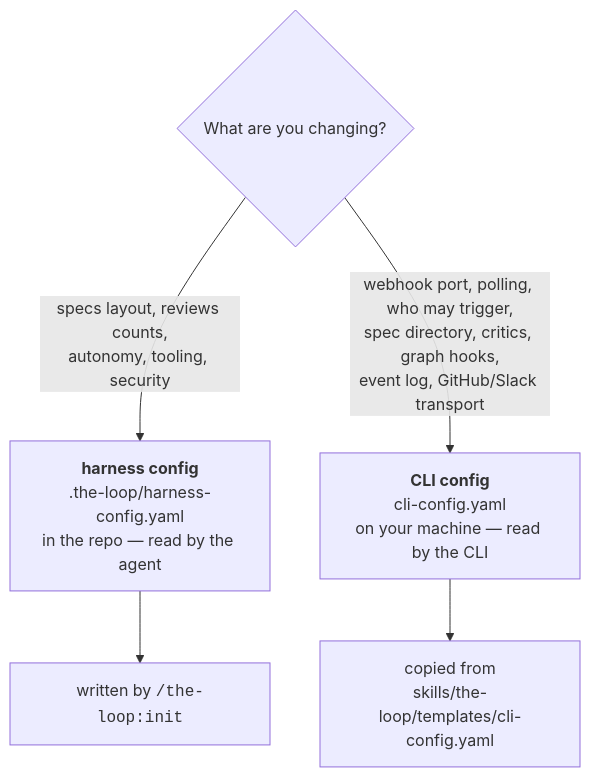
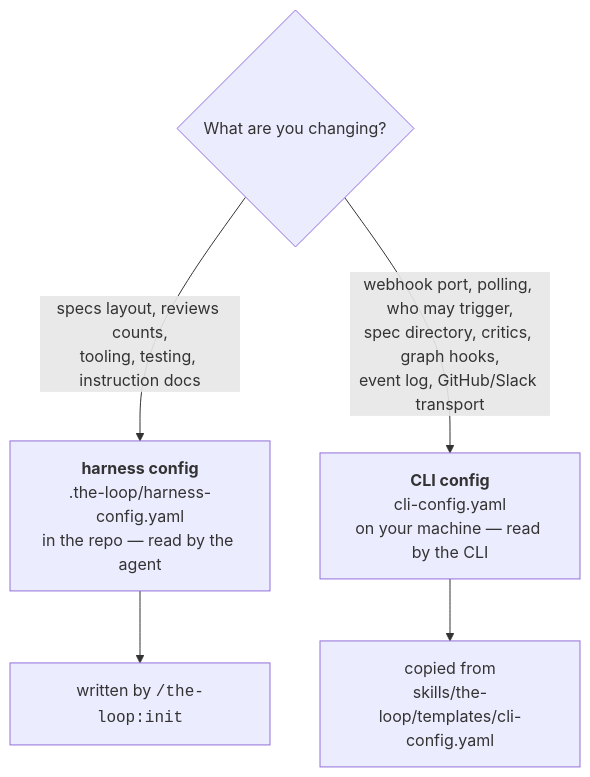
The diagram in docs/config/index.md (MadaraUchiha-314/the-loop), drawn with Mermaid before and after one commit. The commit also changed other lines of this file and 56 other files, not shown here.

````diff
--- a/docs/config/index.md
+++ b/docs/config/index.md
@@ -34,8 +34,8 @@
 ```mermaid
 graph TD
   Q{"What are you changing?"}
-  Q -->|"specs layout, reviews counts,<br/>autonomy, tooling, security"| H["<b>harness config</b><br/>.the-loop/harness-config.yaml<br/>in the repo — read by the agent"]
+  Q -->|"specs layout, reviews counts,<br/>tooling, testing, instruction docs"| H["<b>harness config</b><br/>.the-loop/harness-config.yaml<br/>in the repo — read by the agent"]
   Q -->|"webhook port, polling, who may trigger,<br/>spec directory, critics, graph hooks,<br/>event log, GitHub/Slack transport"| C["<b>CLI config</b><br/>cli-config.yaml<br/>on your machine — read by the CLI"]
   H --> H2["written by <code>/the-loop:init</code>"]
   C --> C2["copied from<br/>skills/the-loop/templates/cli-config.yaml"]
 ```
````
